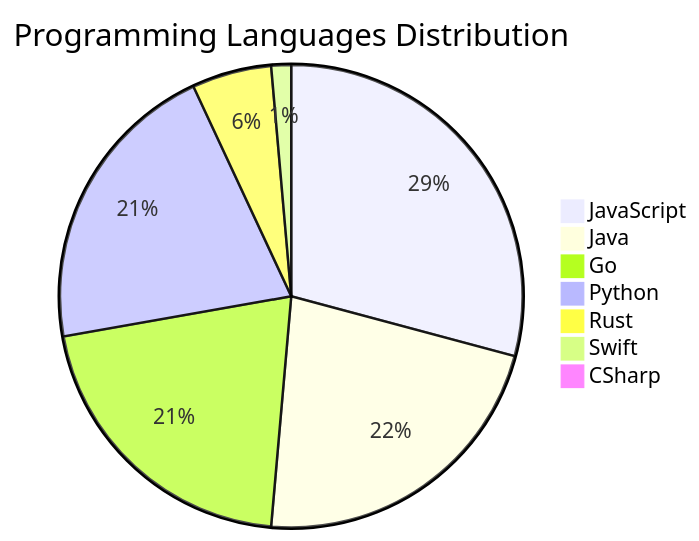
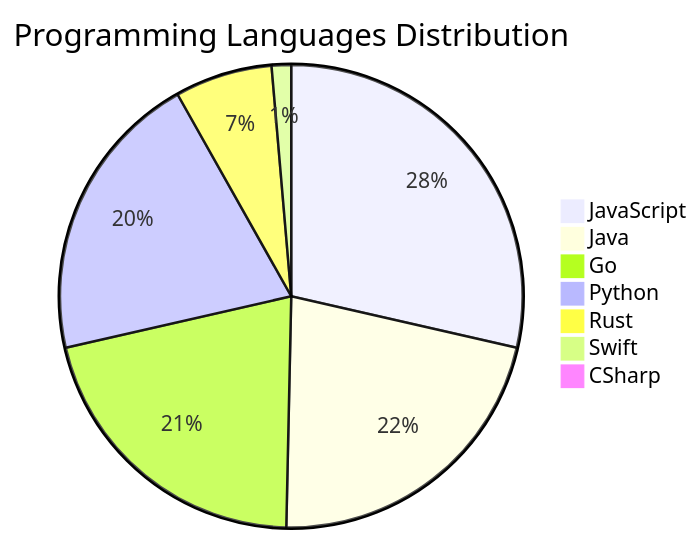
The diagram in README.md (Derrick-MUGISHA/github-activity-bot), drawn with Mermaid before and after one commit. The commit also changed other lines of this file and 4 other files, not shown here.

````diff
--- a/README.md
+++ b/README.md
@@ -207,10 +207,10 @@
 ```mermaid
 pie title Programming Languages Distribution
     "JavaScript" : 42
     "Java" : 32
-    "Go" : 30
+    "Go" : 31
     "Python" : 30
-    "Rust" : 8
+    "Rust" : 10
     "Swift" : 2
     "CSharp" : 1
 ```
````
